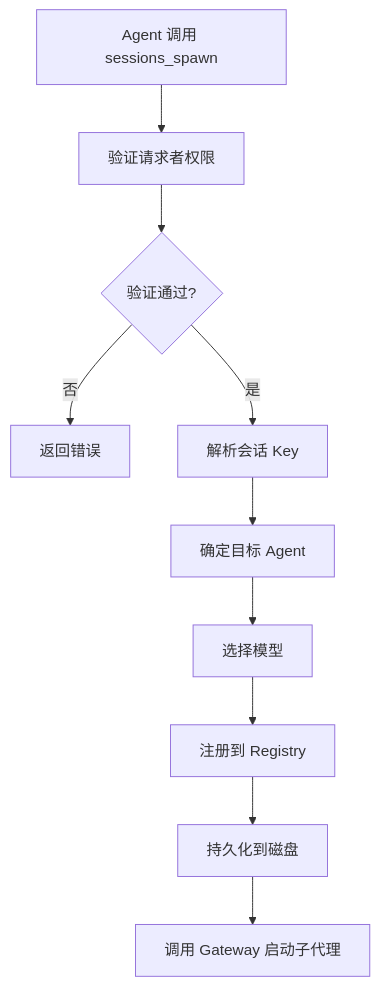
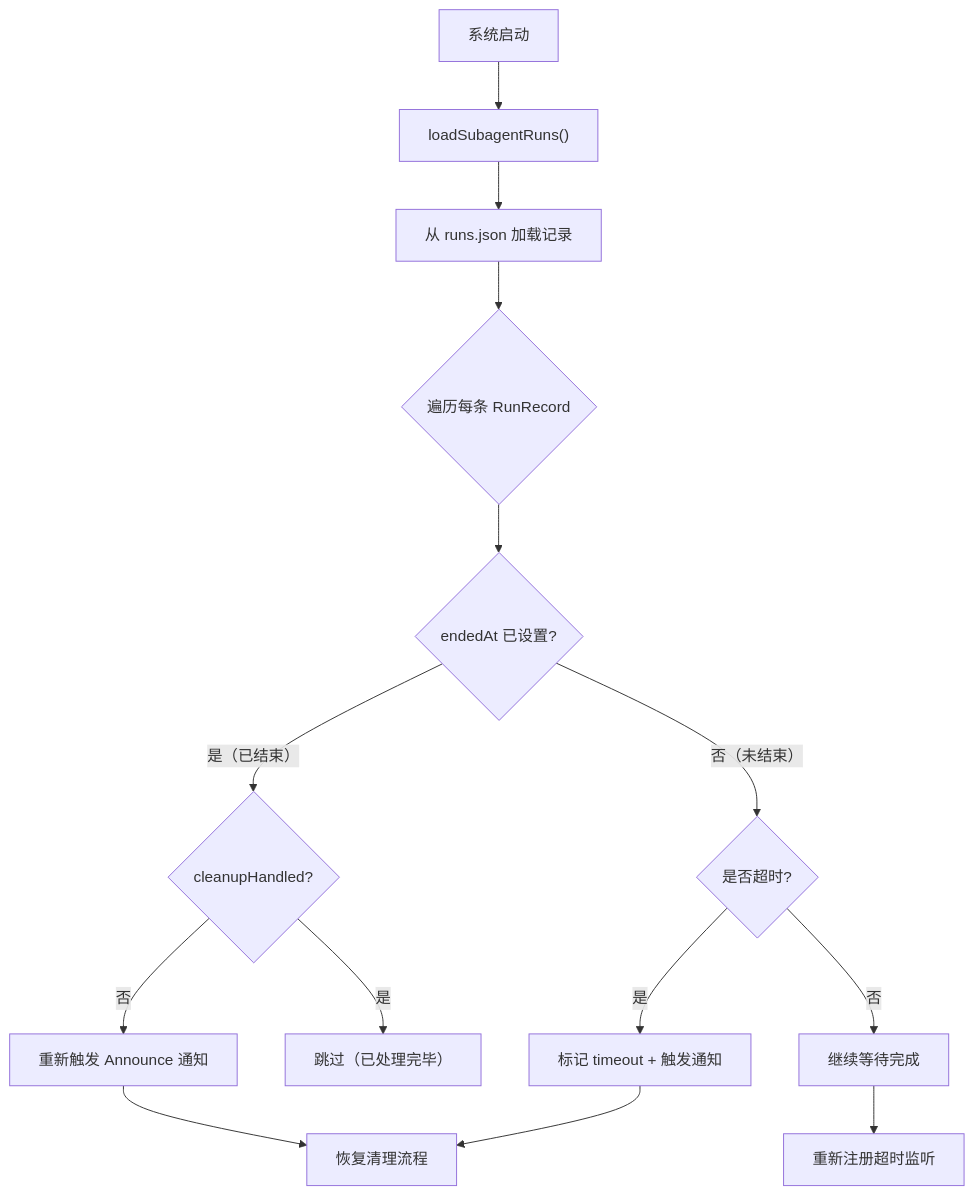
Before and after one commit to caicongyang/bloger: the sixth of 8 diagrams in openclaw/OPENCLAW-SUBAGENTS.md, drawn with Mermaid. The commit also changed other lines of this file and 13 other files, not shown here.

````diff
--- a/openclaw/OPENCLAW-SUBAGENTS.md
+++ b/openclaw/OPENCLAW-SUBAGENTS.md
@@ -280,12 +629,19 @@
 ```mermaid
 flowchart TD
-    A[Agent 调用 sessions_spawn] --> B[验证请求者权限]
-    B --> C{验证通过?}
-    C -->|否| D[返回错误]
-    C -->|是| E[解析会话 Key]
-    E --> F[确定目标 Agent]
-    F --> G[选择模型]
-    G --> H[注册到 Registry]
-    H --> I[持久化到磁盘]
-    I --> J[调用 Gateway 启动子代理]
+    A["系统启动"] --> B["loadSubagentRuns()"]
+    B --> C["从 runs.json 加载记录"]
+    C --> D{"遍历每条 RunRecord"}
+
+    D --> E{"endedAt 已设置?"}
+    E -->|"是（已结束）"| F{"cleanupHandled?"}
+    F -->|"否"| G["重新触发 Announce 通知"]
+    F -->|"是"| H["跳过（已处理完毕）"]
+
+    E -->|"否（未结束）"| I{"是否超时?"}
+    I -->|"是"| J["标记 timeout + 触发通知"]
+    I -->|"否"| K["继续等待完成"]
+
+    G --> L["恢复清理流程"]
+    J --> L
+    K --> M["重新注册超时监听"]
 ```
````
